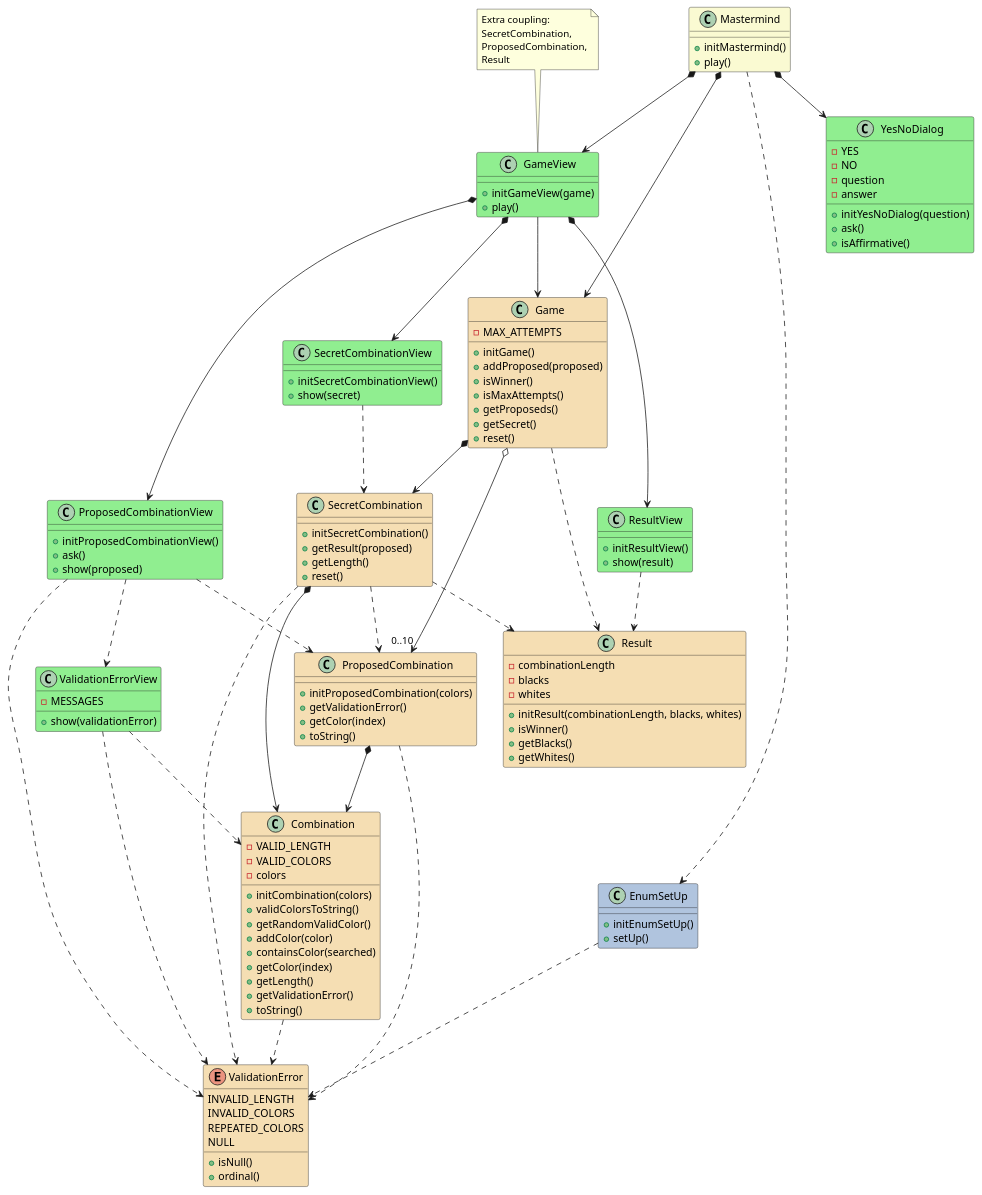
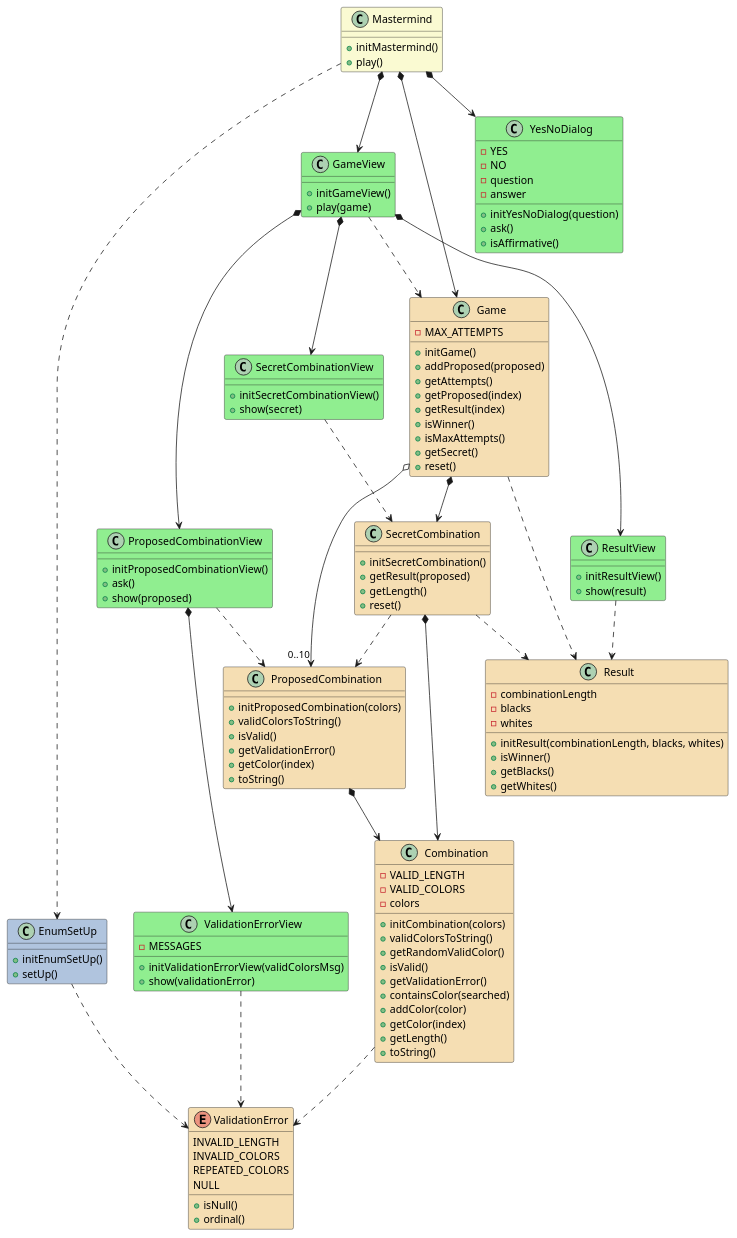
Before and after one commit to PabloMartinFluvia/myGame-mastermind: the diagram in docs/dev-resume/analysis.plantuml, drawn with PlantUML. The commit also changed 3 other files, not shown here.

```diff
--- a/docs/dev-resume/analysis.plantuml
+++ b/docs/dev-resume/analysis.plantuml
@@ -1,156 +1,152 @@
 @startuml analysis
 
 class Mastermind #LightGoldenRodYellow {  
 
     + initMastermind()
     + play()    
 }
-Mastermind *--> Game
 Mastermind *--> GameView
 Mastermind *--> YesNoDialog
+Mastermind *--> Game
 Mastermind ..> EnumSetUp
 
 class GameView #LightGreen {
 
-    + initGameView(game)
-    + play()
+    + initGameView()
+    + play(game)
 }
-note top
-Extra coupling:
-SecretCombination,
-ProposedCombination,
-Result
-end note
-GameView -down-> Game
 GameView *--> SecretCombinationView
 GameView *--> ProposedCombinationView
 GameView *--> ResultView
+GameView ..> Game
 
 
 class SecretCombinationView #LightGreen {
     
     + initSecretCombinationView()
     + show(secret)
 }
 SecretCombinationView ..> SecretCombination
 
 class ProposedCombinationView #LightGreen {
     
     + initProposedCombinationView()
     + ask()
     + show(proposed)
 }
+ProposedCombinationView *--> ValidationErrorView
 ProposedCombinationView ..> ProposedCombination
-ProposedCombinationView ..> ValidationError
-ProposedCombinationView ..> ValidationErrorView
 
 class ValidationErrorView #LightGreen {
 
     - MESSAGES
     
+    + initValidationErrorView(validColorsMsg)
     + show(validationError)
 }
 ValidationErrorView ..> ValidationError
-ValidationErrorView ..> Combination
 
 class ResultView #LightGreen {
     
     + initResultView()
     + show(result)
 }
 ResultView ..> Result
 
 class Game #Wheat{
     - MAX_ATTEMPTS
 
     + initGame()
     + addProposed(proposed)
+    + getAttempts()    
+    + getProposed(index)
+    + getResult(index)
     + isWinner()
-    + isMaxAttempts()
-    + getProposeds()
-    + getSecret()
+    + isMaxAttempts()    
+    + getSecret()    
     + reset()    
 }
 Game *--> SecretCombination
 Game o--> "0..10" ProposedCombination
 Game .down.> Result
 
 class SecretCombination #Wheat{
     
     + initSecretCombination()    
     + getResult(proposed)
     + getLength()     
     + reset()
 
 }
 SecretCombination *-down-> Combination
 SecretCombination .down.> ProposedCombination
 SecretCombination .down.> Result
-SecretCombination .down.> ValidationError
 
 class Combination #Wheat{
     - VALID_LENGTH
     - VALID_COLORS    
     - colors
 
     + initCombination(colors)
     + validColorsToString()
-    + getRandomValidColor()    
-    + addColor(color)
-    + containsColor(searched)      
+    + getRandomValidColor()
+    + isValid()    
+    + getValidationError()
+    + containsColor(searched)    
+    + addColor(color)          
     + getColor(index)
-    + getLength()          
-    + getValidationError()
+    + getLength()      
     + toString()
 }
 Combination .down.> ValidationError
 
 enum ValidationError #Wheat{    
     INVALID_LENGTH
     INVALID_COLORS
     REPEATED_COLORS
     NULL
 
     + isNull()
     + ordinal()
 }
 
 class ProposedCombination #Wheat{
 
-    + initProposedCombination(colors)        
+    + initProposedCombination(colors)  
+    + validColorsToString() 
+    + isValid()         
     + getValidationError()
     + getColor(index)   
     + toString()   
 }
 ProposedCombination *-down-> Combination 
-ProposedCombination .down.> ValidationError
 
 class Result #Wheat{
     - combinationLength
     - blacks
     - whites
 
     + initResult(combinationLength, blacks, whites)
     + isWinner()
     + getBlacks()    
     + getWhites()    
 }
 
 class YesNoDialog #LightGreen {
     - YES
     - NO
     - question
     - answer    
 
     + initYesNoDialog(question)
     + ask()
     + isAffirmative()
 }
 
 class EnumSetUp #LightSteelBlue {
     + initEnumSetUp()
     + setUp()
 }
 EnumSetUp ..> ValidationError
 
 @enduml
```
